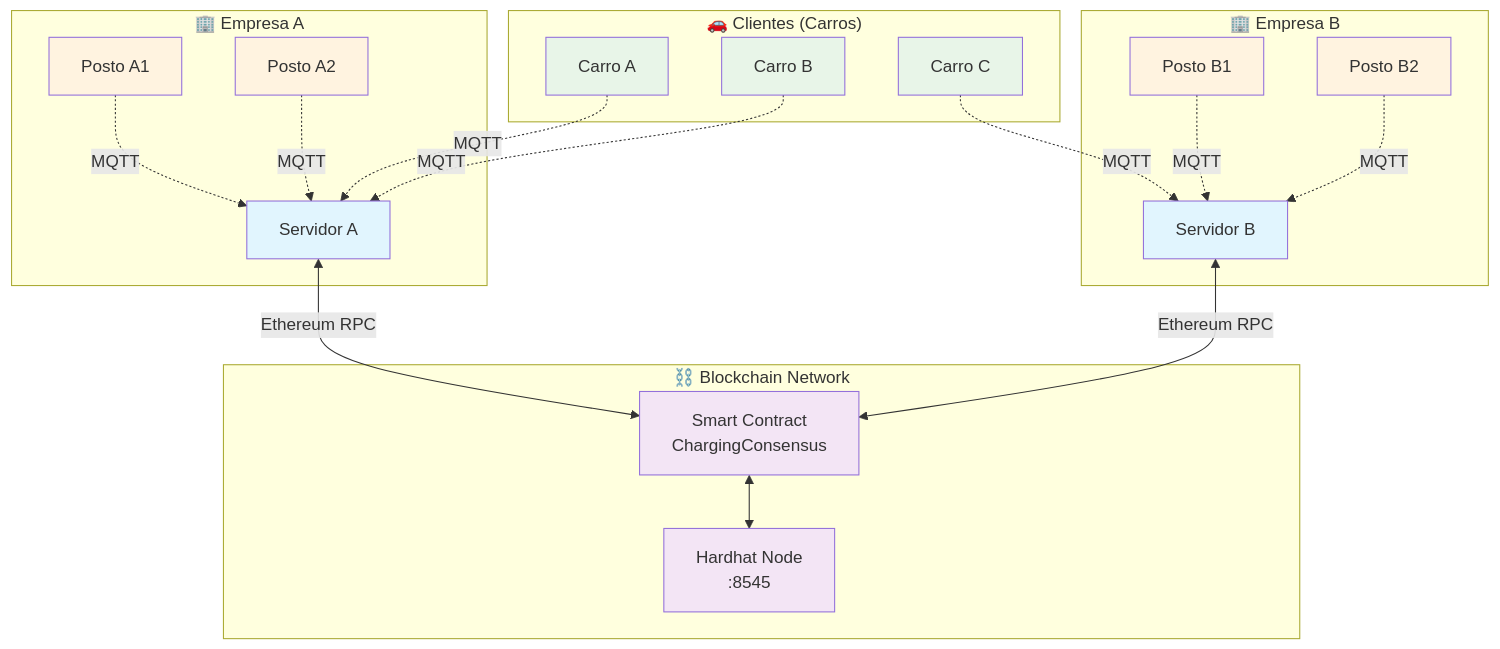
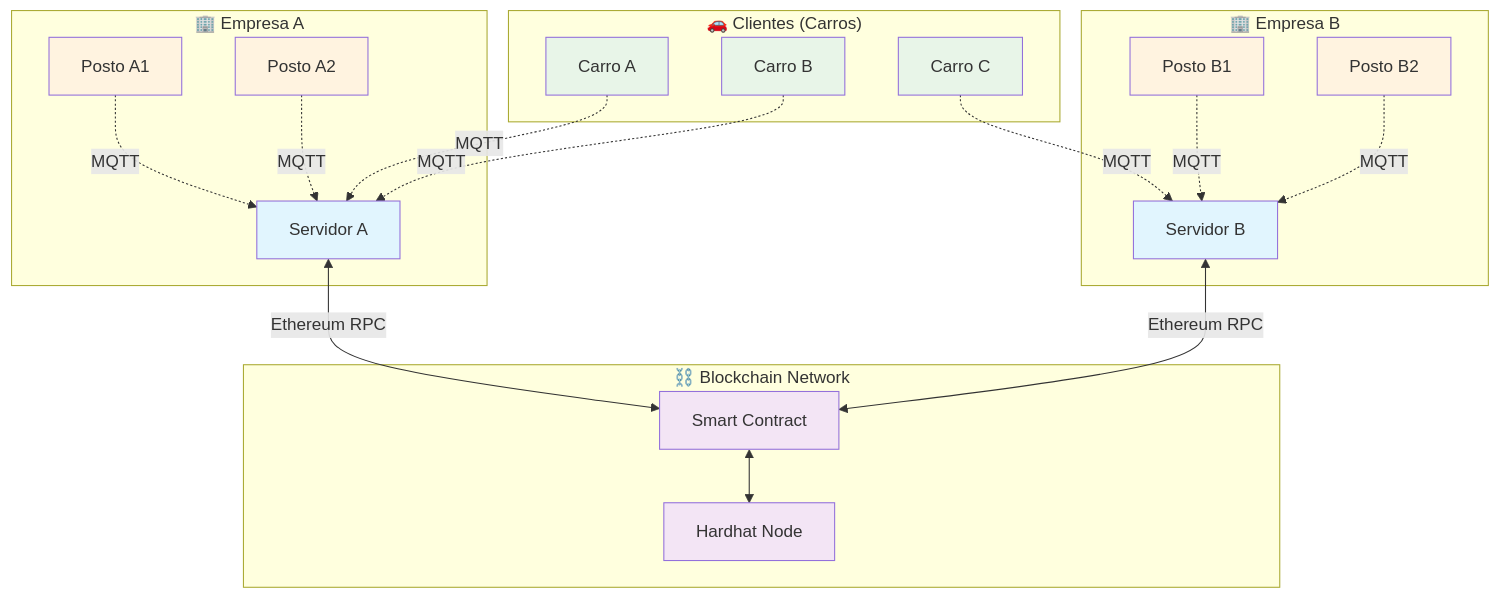
One commit to LucasCarneiro3301/slaps_and_kisses changed the first of 6 diagrams in apps/server/ARCHITECTURE.md. Above: the diagram before and after it, drawn with Mermaid.

````diff
--- a/apps/server/ARCHITECTURE.md
+++ b/apps/server/ARCHITECTURE.md
@@ -46,48 +46,48 @@
 ```mermaid
 graph TB
     subgraph "🚗 Clientes (Carros)"
         Car1[Carro A]
         Car2[Carro B]
         Car3[Carro C]
     end
 
     subgraph "🏢 Empresa A"
         ServerA[Servidor A]
         StationA1[Posto A1]
         StationA2[Posto A2]
     end
 
     subgraph "🏢 Empresa B"
         ServerB[Servidor B]
         StationB1[Posto B1]
         StationB2[Posto B2]
     end
 
     subgraph "⛓️ Blockchain Network"
-        BC[Smart Contract<br/>ChargingConsensus]
-        HardhatNode[Hardhat Node<br/>:8545]
+        BC[Smart Contract]
+        HardhatNode[Hardhat Node]
     end
 
     Car1 -.->|MQTT| ServerA
     Car2 -.->|MQTT| ServerA
     Car3 -.->|MQTT| ServerB
 
     StationA1 -.->|MQTT| ServerA
     StationA2 -.->|MQTT| ServerA
     StationB1 -.->|MQTT| ServerB
     StationB2 -.->|MQTT| ServerB
 
     ServerA <-->|Ethereum RPC| BC
     ServerB <-->|Ethereum RPC| BC
     BC <--> HardhatNode
 
     classDef server fill:#e1f5fe
     classDef blockchain fill:#f3e5f5
     classDef client fill:#e8f5e8
     classDef station fill:#fff3e0
 
     class ServerA,ServerB server
     class BC,HardhatNode blockchain
     class Car1,Car2,Car3 client
     class StationA1,StationA2,StationB1,StationB2 station
 ```
````
